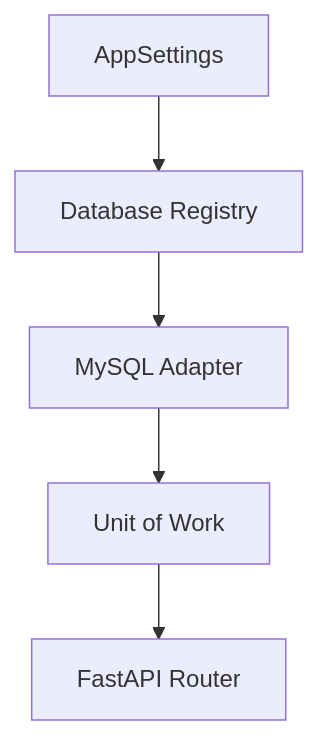
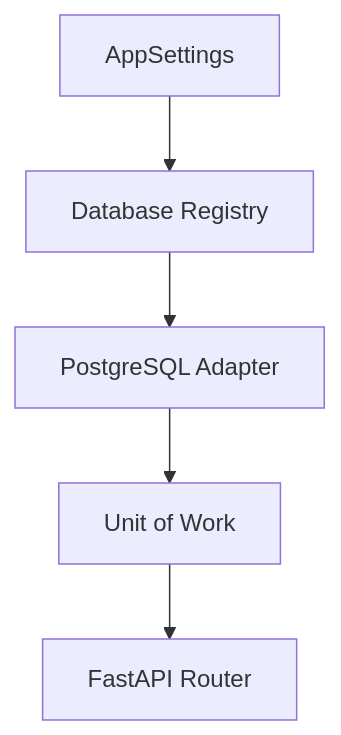
One commit to shiladityamajumder/fastapi-production-boilerplate changed the diagram in STRUCTURE.md. Above: the diagram before and after it, drawn with Mermaid. The commit also changed other lines of this file and 25 other files, not shown here.

Commit message:
feat(db): establish PostgreSQL and Alembic foundation with Docker support and tests

````diff
--- a/STRUCTURE.md
+++ b/STRUCTURE.md
@@ -365,13 +364,13 @@
 ```mermaid
 flowchart TD
     Settings[AppSettings]
     Registry[Database Registry]
-    MySQL[MySQL Adapter]
+    PostgreSQL[PostgreSQL Adapter]
     UOW[Unit of Work]
     Router[FastAPI Router]
 
     Settings --> Registry
-    Registry --> MySQL
-    MySQL --> UOW
+    Registry --> PostgreSQL
+    PostgreSQL --> UOW
     UOW --> Router
 ```
````
